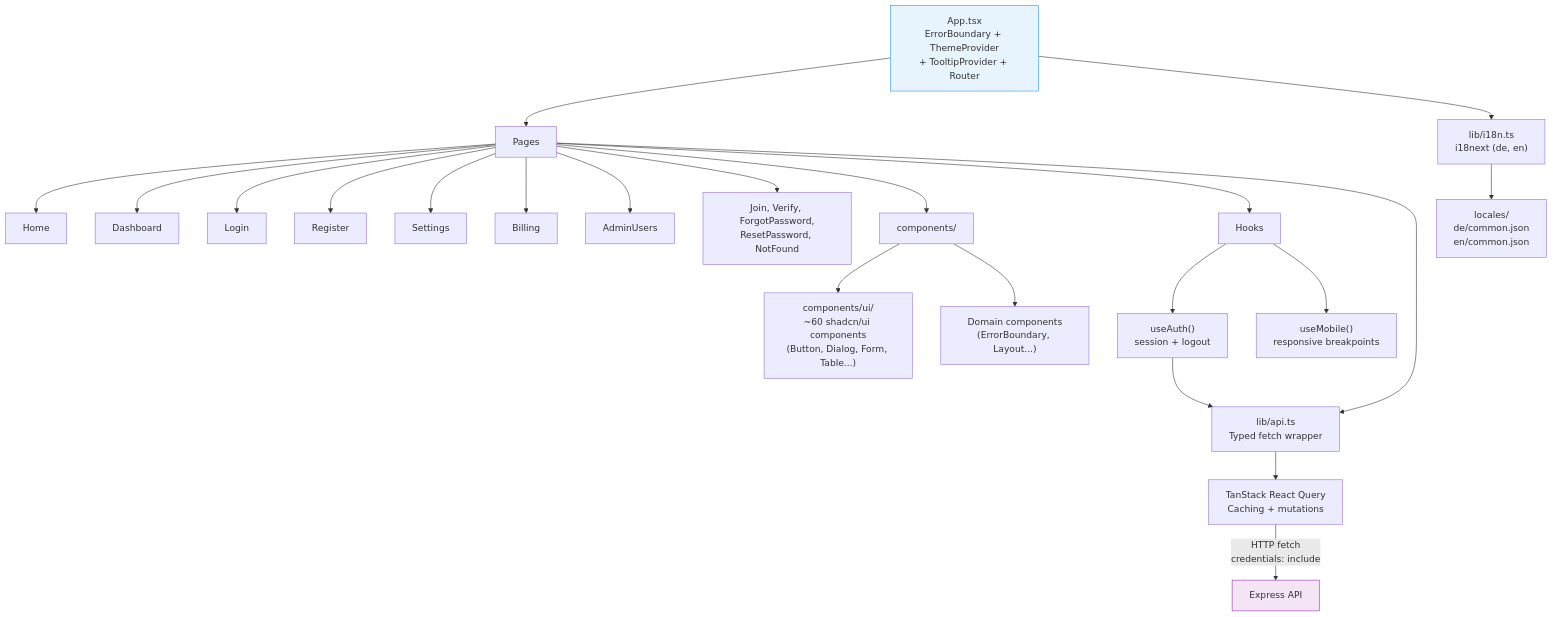
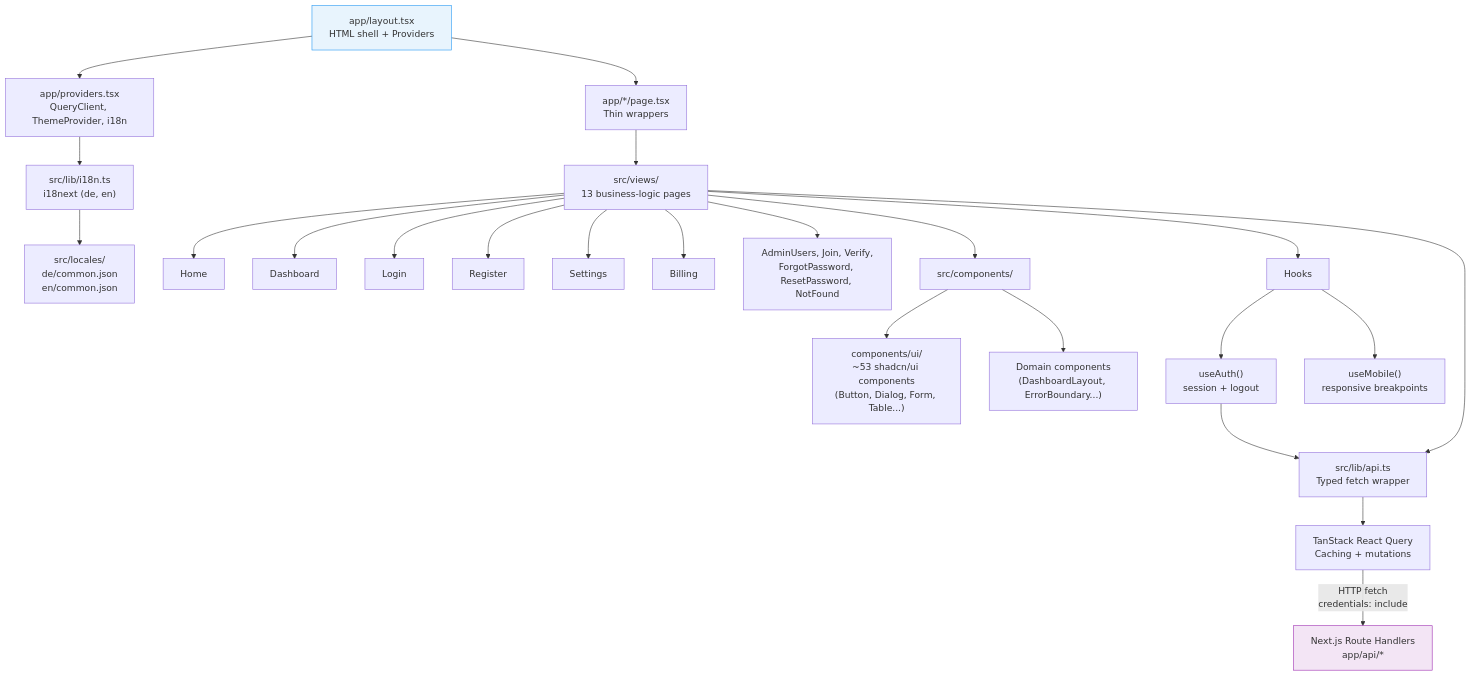
The third of 7 diagrams in docs/architecture-development.md (erium/app-template), drawn with Mermaid before and after one commit. The commit also changed other lines of this file and 7 other files, not shown here.

First line of the commit message:
docs: update all documentation for Next.js App Router migration

````diff
--- a/docs/architecture-development.md
+++ b/docs/architecture-development.md
@@ -95,35 +101,37 @@
 ```mermaid
 graph TD
-    AppTsx["App.tsx<br/>ErrorBoundary + ThemeProvider<br/>+ TooltipProvider + Router"]
+    Layout["app/layout.tsx<br/>HTML shell + Providers"]
 
-    AppTsx --> Pages["Pages"]
-    Pages --> Home["Home"]
-    Pages --> Dashboard["Dashboard"]
-    Pages --> Login["Login"]
-    Pages --> Register["Register"]
-    Pages --> Settings["Settings"]
-    Pages --> Billing["Billing"]
-    Pages --> AdminUsers["AdminUsers"]
-    Pages --> Other["Join, Verify, ForgotPassword,<br/>ResetPassword, NotFound"]
+    Layout --> Providers["app/providers.tsx<br/>QueryClient, ThemeProvider, i18n"]
+    Layout --> Pages["app/*/page.tsx<br/>Thin wrappers"]
 
-    Pages --> Comp["components/"]
-    Pages --> Hooks["Hooks"]
+    Pages --> Views["src/views/<br/>13 business-logic pages"]
+    Views --> Home["Home"]
+    Views --> Dashboard["Dashboard"]
+    Views --> Login["Login"]
+    Views --> Register["Register"]
+    Views --> Settings["Settings"]
+    Views --> Billing["Billing"]
+    Views --> Other["AdminUsers, Join, Verify,<br/>ForgotPassword, ResetPassword, NotFound"]
 
-    Comp --> UILib["components/ui/<br/>~60 shadcn/ui components<br/>(Button, Dialog, Form, Table...)"]
-    Comp --> Domain["Domain components<br/>(ErrorBoundary, Layout...)"]
+    Views --> Comp["src/components/"]
+    Views --> Hooks["Hooks"]
+
+    Comp --> UILib["components/ui/<br/>~53 shadcn/ui components<br/>(Button, Dialog, Form, Table...)"]
+    Comp --> Domain["Domain components<br/>(DashboardLayout, ErrorBoundary...)"]
 
     Hooks --> UseAuth["useAuth()<br/>session + logout"]
     Hooks --> UseMobile["useMobile()<br/>responsive breakpoints"]
 
-    UseAuth --> APIClient["lib/api.ts<br/>Typed fetch wrapper"]
-    Pages --> APIClient
+    UseAuth --> APIClient["src/lib/api.ts<br/>Typed fetch wrapper"]
+    Views --> APIClient
 
     APIClient --> RQ["TanStack React Query<br/>Caching + mutations"]
-    RQ -->|"HTTP fetch<br/>credentials: include"| Server["Express API"]
+    RQ -->|"HTTP fetch<br/>credentials: include"| Server["Next.js Route Handlers<br/>app/api/*"]
 
-    AppTsx --> I18n["lib/i18n.ts<br/>i18next (de, en)"]
-    I18n --> Locales["locales/<br/>de/common.json<br/>en/common.json"]
+    Providers --> I18n["src/lib/i18n.ts<br/>i18next (de, en)"]
+    I18n --> Locales["src/locales/<br/>de/common.json<br/>en/common.json"]
 
-    style AppTsx fill:#e8f4fd,stroke:#2196F3
+    style Layout fill:#e8f4fd,stroke:#2196F3
     style Server fill:#f3e5f5,stroke:#9C27B0
 ```
````
